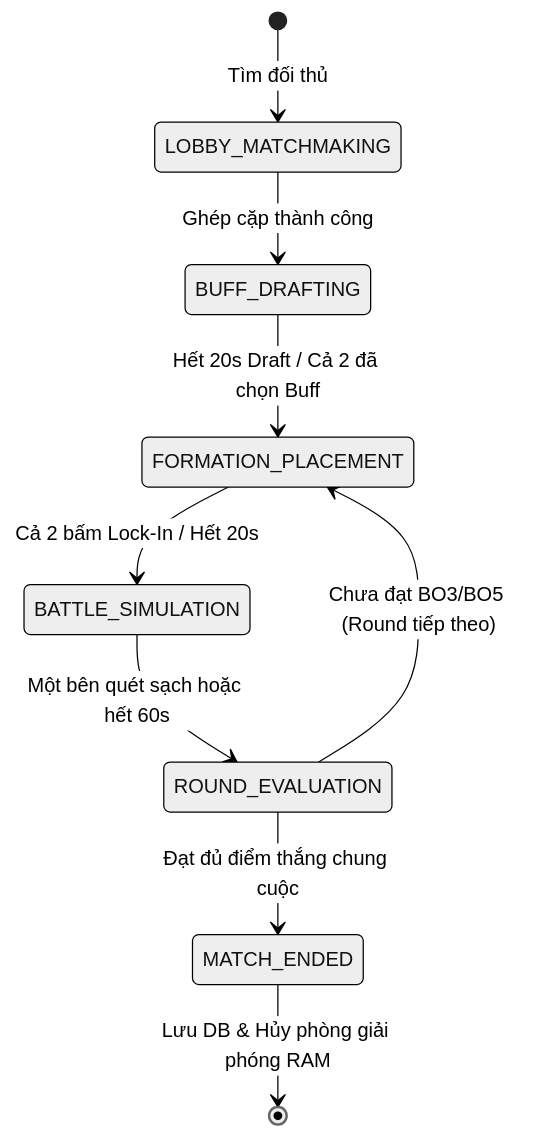
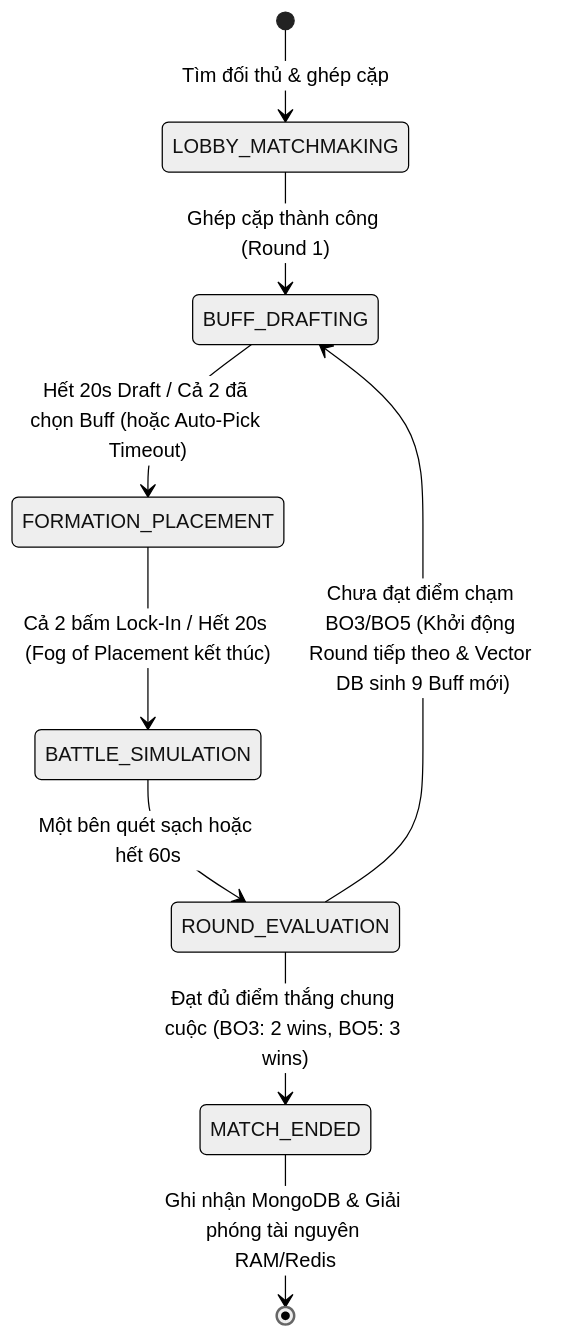
One commit to NatswarChuan/18-game changed the diagram in deliverables/phase-1-architecture/state-machines.md. Above: the diagram before and after it, drawn with Mermaid (neutral theme). The commit also changed 28 other files, not shown here.

First line of the commit message:
feat: sync architecture, 12D vector DB, 7-phase waterfall and BO3/BO5 protocols (DEBATE-005)

````diff
--- a/deliverables/phase-1-architecture/state-machines.md
+++ b/deliverables/phase-1-architecture/state-machines.md
@@ -8,11 +8,11 @@
 ```mermaid
 stateDiagram-v2
-    [*] --> LOBBY_MATCHMAKING : Tìm đối thủ
-    LOBBY_MATCHMAKING --> BUFF_DRAFTING : Ghép cặp thành công
-    BUFF_DRAFTING --> FORMATION_PLACEMENT : Hết 20s Draft / Cả 2 đã chọn Buff
-    FORMATION_PLACEMENT --> BATTLE_SIMULATION : Cả 2 bấm Lock-In / Hết 20s
+    [*] --> LOBBY_MATCHMAKING : Tìm đối thủ & ghép cặp
+    LOBBY_MATCHMAKING --> BUFF_DRAFTING : Ghép cặp thành công (Round 1)
+    BUFF_DRAFTING --> FORMATION_PLACEMENT : Hết 20s Draft / Cả 2 đã chọn Buff (hoặc Auto-Pick Timeout)
+    FORMATION_PLACEMENT --> BATTLE_SIMULATION : Cả 2 bấm Lock-In / Hết 20s (Fog of Placement kết thúc)
     BATTLE_SIMULATION --> ROUND_EVALUATION : Một bên quét sạch hoặc hết 60s
-    ROUND_EVALUATION --> FORMATION_PLACEMENT : Chưa đạt BO3/BO5 (Round tiếp theo)
-    ROUND_EVALUATION --> MATCH_ENDED : Đạt đủ điểm thắng chung cuộc
-    MATCH_ENDED --> [*] : Lưu DB & Hủy phòng giải phóng RAM
+    ROUND_EVALUATION --> BUFF_DRAFTING : Chưa đạt điểm chạm BO3/BO5 (Khởi động Round tiếp theo & Vector DB sinh 9 Buff mới)
+    ROUND_EVALUATION --> MATCH_ENDED : Đạt đủ điểm thắng chung cuộc (BO3: 2 wins, BO5: 3 wins)
+    MATCH_ENDED --> [*] : Ghi nhận MongoDB & Giải phóng tài nguyên RAM/Redis
 ```
````
